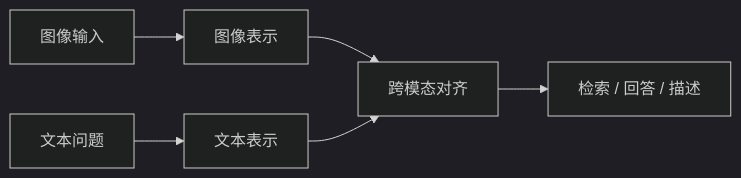
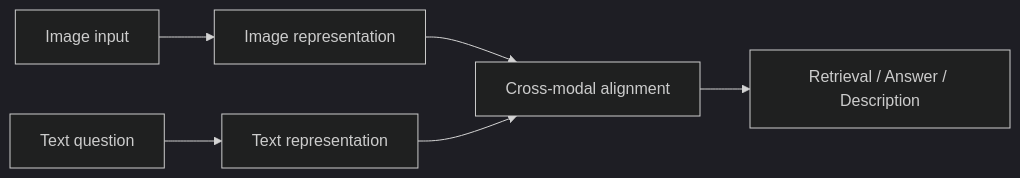
One commit to oudbiao/AI-fullstack-course changed the first of 2 diagrams in docs/ch12-multimodal/ch01-multimodal/02-vision-language.md. Above: the diagram before and after it, drawn with Mermaid (dark theme). The commit also changed other lines of this file and 1406 other files, not shown here.

````diff
--- a/docs/ch12-multimodal/ch01-multimodal/02-vision-language.md
+++ b/docs/ch12-multimodal/ch01-multimodal/02-vision-language.md
@@ -41,8 +41,8 @@
 ```mermaid
 flowchart LR
-    A["图像输入"] --> B["图像表示"]
-    C["文本问题"] --> D["文本表示"]
-    B --> E["跨模态对齐"]
+    A["Image input"] --> B["Image representation"]
+    C["Text question"] --> D["Text representation"]
+    B --> E["Cross-modal alignment"]
     D --> E
-    E --> F["检索 / 回答 / 描述"]
+    E --> F["Retrieval / Answer / Description"]
 ```
````
